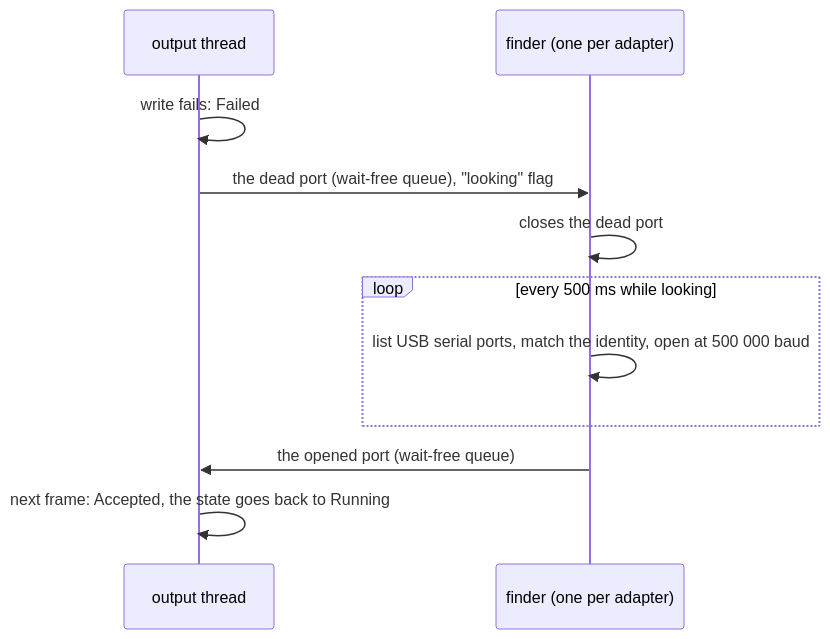
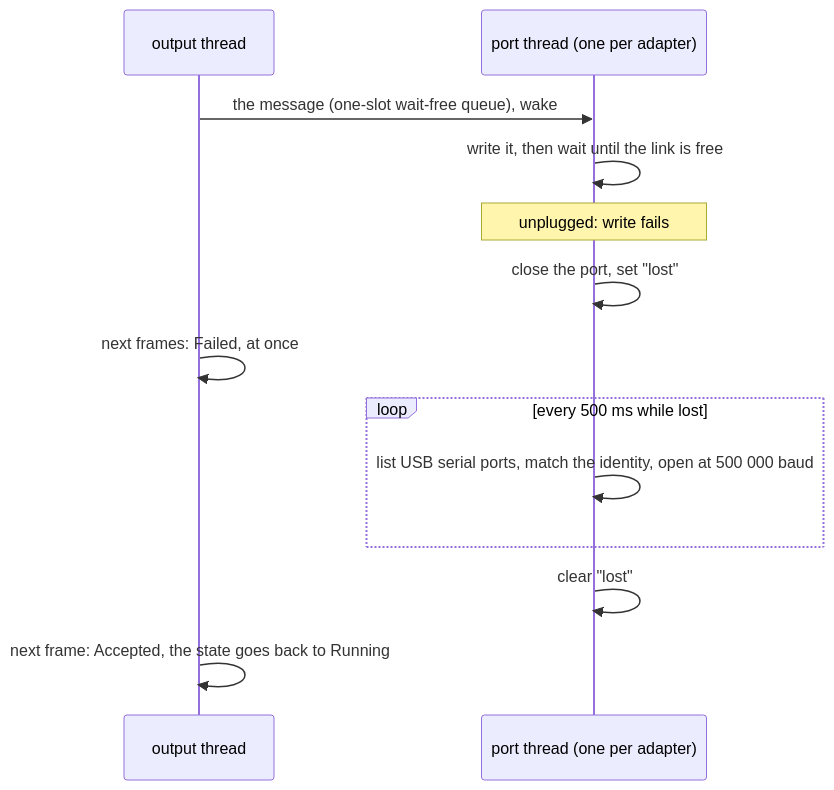
Before and after one commit to abossard/bossylights: the fourth of 4 diagrams in README.md, drawn with Mermaid. The commit also changed other lines of this file and 1 other file, not shown here.

Commit message:
engine-server: the unplug and sleep checks stop with TOO EARLY when the adapter is lost before the bell; README shows the port thread (#106)

````diff
--- a/README.md
+++ b/README.md
@@ -93,13 +93,15 @@
 ```mermaid
 sequenceDiagram
   participant O as output thread
-  participant F as finder (one per adapter)
-  O->>O: write fails: Failed
-  O->>F: the dead port (wait-free queue), "looking" flag
-  F->>F: closes the dead port
-  loop every 500 ms while looking
-    F->>F: list USB serial ports, match the identity, open at 500 000 baud
+  participant P as port thread (one per adapter)
+  O->>P: the message (one-slot wait-free queue), wake
+  P->>P: write it, then wait until the link is free
+  Note over P: unplugged: write fails
+  P->>P: close the port, set "lost"
+  O->>O: next frames: Failed, at once
+  loop every 500 ms while lost
+    P->>P: list USB serial ports, match the identity, open at 500 000 baud
   end
-  F->>O: the opened port (wait-free queue)
+  P->>P: clear "lost"
   O->>O: next frame: Accepted, the state goes back to Running
 ```
````
